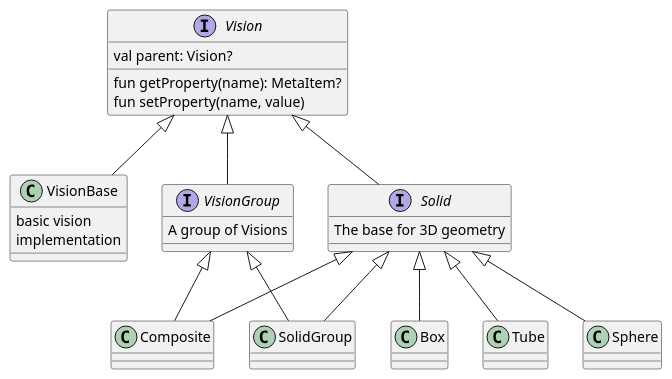
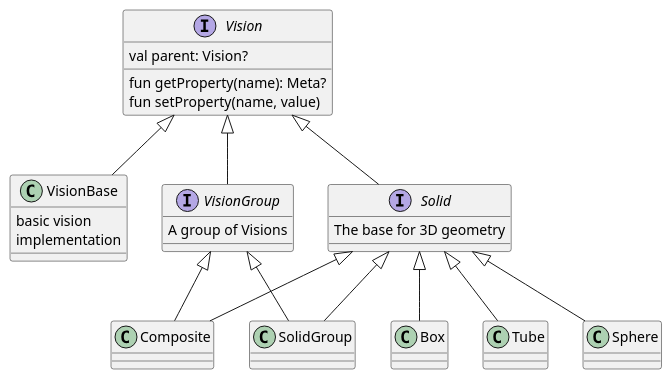
Before and after one commit to SciProgCentre/visionforge: the diagram in docs/uml/Vision.puml, drawn with PlantUML. The commit also changed 100 other files, not shown here.

```diff
--- a/docs/uml/Vision.puml
+++ b/docs/uml/Vision.puml
@@ -1,45 +1,45 @@
 @startuml
 'https://plantuml.com/class-diagram
 
 interface Vision{
     val parent: Vision?
-    fun getProperty(name): MetaItem?
+    fun getProperty(name): Meta?
     fun setProperty(name, value)
 }
 
 class VisionBase{
     basic vision
     implementation
 }
 Vision <|-- VisionBase
 
 interface VisionGroup{
     A group of Visions
 }
 Vision <|-- VisionGroup
 
 interface Solid{
     The base for 3D geometry
 }
 
 Vision <|-- Solid
 
 class SolidGroup
 
 Solid <|-- SolidGroup
 VisionGroup <|-- SolidGroup
 
 class Composite
 Solid <|-- Composite
 VisionGroup <|-- Composite
 
 class Box
 Solid <|-- Box
 
 class Tube
 Solid <|-- Tube
 
 class Sphere
 Solid <|-- Sphere
 
 @enduml
```
